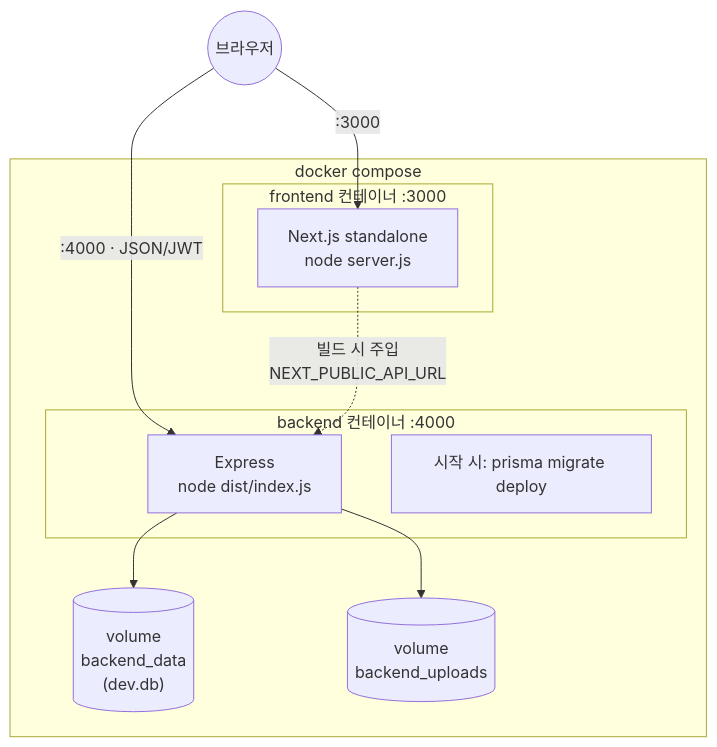
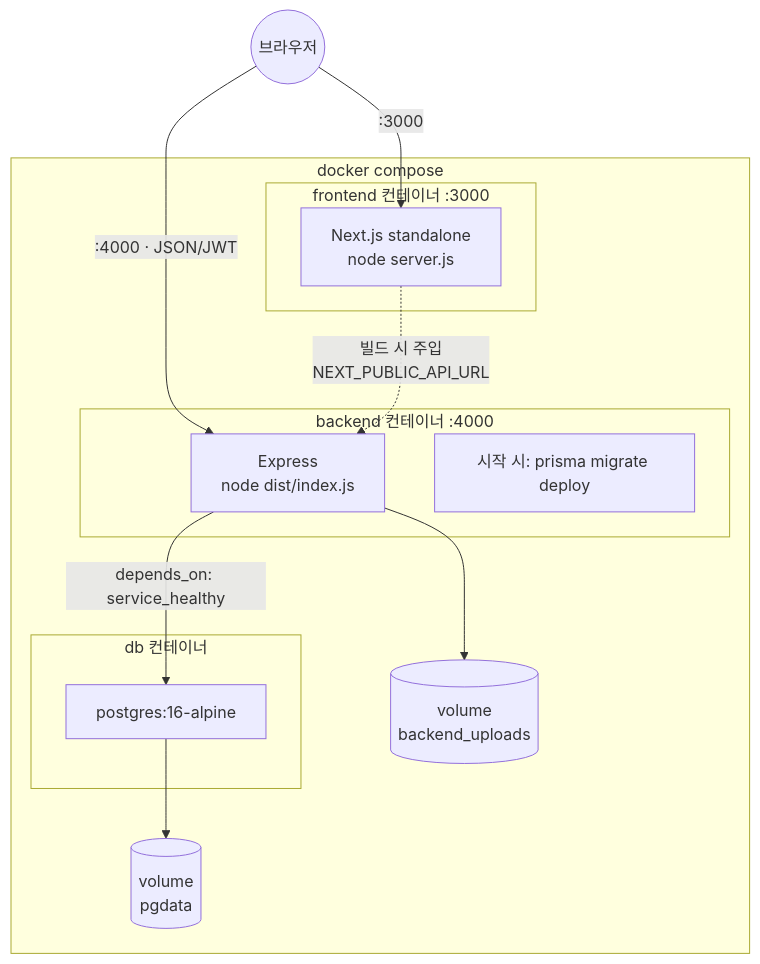
The eighth of 8 diagrams in docs/ARCHITECTURE.md (woodruff2k/recipe), drawn with Mermaid before and after one commit. The commit also changed other lines of this file and 9 other files, not shown here.

First line of the commit message:
docs: add Architecture Decision Records (ADR)

````diff
--- a/docs/ARCHITECTURE.md
+++ b/docs/ARCHITECTURE.md
@@ -256,22 +259,26 @@
 ```mermaid
 flowchart TD
     Browser(("브라우저"))
 
     subgraph Compose["docker compose"]
         subgraph CF["frontend 컨테이너 :3000"]
             FE["Next.js standalone<br/>node server.js"]
         end
         subgraph CB["backend 컨테이너 :4000"]
             BE["Express<br/>node dist/index.js"]
             MIG["시작 시: prisma migrate deploy"]
         end
-        V1[("volume<br/>backend_data<br/>(dev.db)")]
+        subgraph CD["db 컨테이너"]
+            PG["postgres:16-alpine"]
+        end
+        V1[("volume<br/>pgdata")]
         V2[("volume<br/>backend_uploads")]
     end
 
     Browser -->|":3000"| FE
     Browser -->|":4000 · JSON/JWT"| BE
     FE -.->|"빌드 시 주입<br/>NEXT_PUBLIC_API_URL"| BE
-    BE --> V1
+    BE -->|"depends_on: service_healthy"| PG
+    PG --> V1
     BE --> V2
 ```
````
